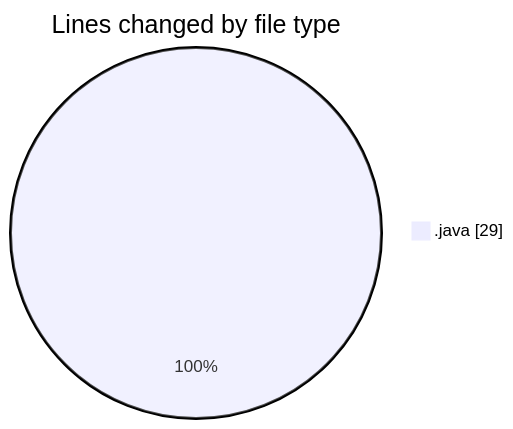
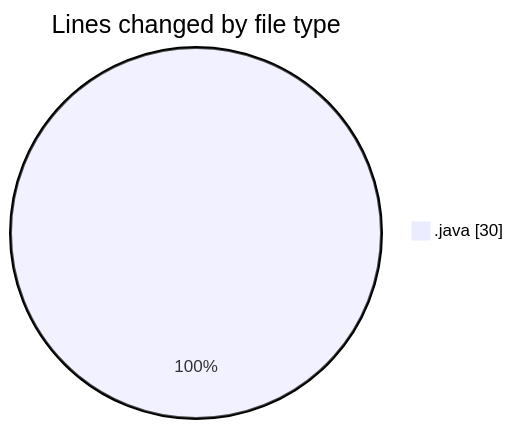
Before and after one commit to NitaiMahat/code-tracking: the first of 2 diagrams in 2025-03-26/startfiles/README.md, drawn with Mermaid. The commit also changed other lines of this file and 1 other file, not shown here.

````diff
--- a/2025-03-26/startfiles/README.md
+++ b/2025-03-26/startfiles/README.md
@@ -20,5 +20,5 @@
 ```mermaid
 pie showData
 title Lines changed by file type
-".java" : 29
+".java" : 30
 ```
````
